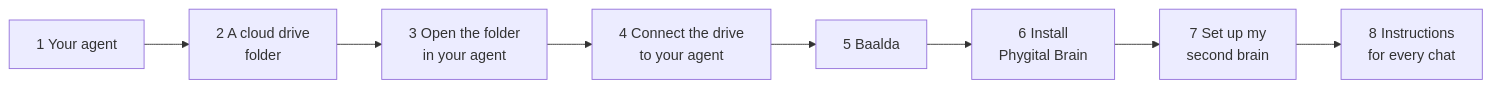
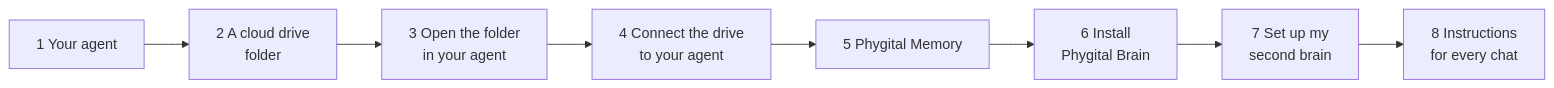
One commit to Phygital-Brain/phygital-brain changed the diagram in docs/getting-started.md. Above: the diagram before and after it, drawn with Mermaid. The commit also changed other lines of this file and 266 other files, not shown here.

Commit message:
Phygital Memory replaces Baalda as the notes app; docs/teams.md becomes docs/phygital-memory.md

````diff
--- a/docs/getting-started.md
+++ b/docs/getting-started.md
@@ -5,10 +5,10 @@
 ```mermaid
 flowchart LR
     A[1 Your agent] --> B[2 A cloud drive<br>folder]
     B --> C[3 Open the folder<br>in your agent]
     C --> D[4 Connect the drive<br>to your agent]
-    D --> E[5 Baalda]
+    D --> E[5 Phygital Memory]
     E --> F[6 Install<br>Phygital Brain]
     F --> G[7 Set up my<br>second brain]
     G --> H[8 Instructions<br>for every chat]
 ```
````
